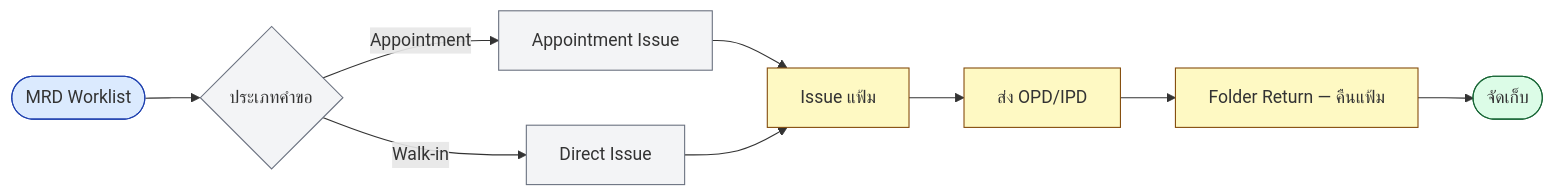
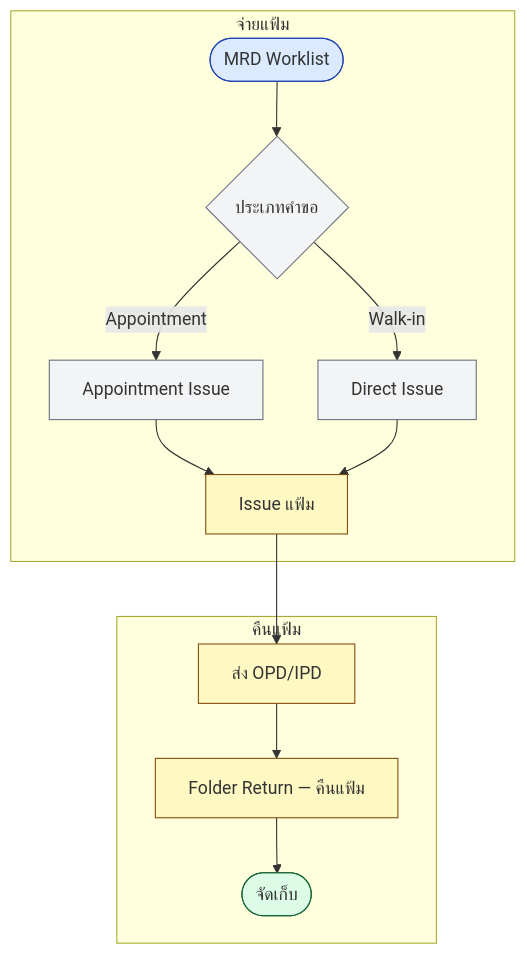
Before and after one commit to npnatt12/KMCH-HIS-Wiki: the diagram in public/charts/mrd.mmd, drawn with Mermaid. The commit also changed 80 other files, not shown here.

First line of the commit message:
feat(charts): restructure all flowcharts with subgraph phases for balanced layout

```diff
--- a/public/charts/mrd.mmd
+++ b/public/charts/mrd.mmd
@@ -1,17 +1,21 @@
-graph LR
-  A([MRD Worklist]) --> B{ประเภทคำขอ}
-  B -->|Appointment| C[Appointment Issue]
-  B -->|Walk-in| D[Direct Issue]
-  C --> E[Issue แฟ้ม]
-  D --> E
-  E --> F[ส่ง OPD/IPD]
-  F --> G[Folder Return — คืนแฟ้ม]
-  G --> H([จัดเก็บ])
+graph TB
+  subgraph Issue["จ่ายแฟ้ม"]
+    A([MRD Worklist]) --> B{ประเภทคำขอ}
+    B -->|Appointment| C[Appointment Issue]
+    B -->|Walk-in| D[Direct Issue]
+    C --> E[Issue แฟ้ม]
+    D --> E
+  end
+  subgraph Return["คืนแฟ้ม"]
+    E --> F[ส่ง OPD/IPD]
+    F --> G[Folder Return — คืนแฟ้ม]
+    G --> H([จัดเก็บ])
+  end
   style A fill:#dbeafe,stroke:#1e40af
   style B fill:#f3f4f6,stroke:#6b7280
   style C fill:#f3f4f6,stroke:#6b7280
   style D fill:#f3f4f6,stroke:#6b7280
   style E fill:#fef9c3,stroke:#854d0e
   style F fill:#fef9c3,stroke:#854d0e
   style G fill:#fef9c3,stroke:#854d0e
   style H fill:#dcfce7,stroke:#166534
```
